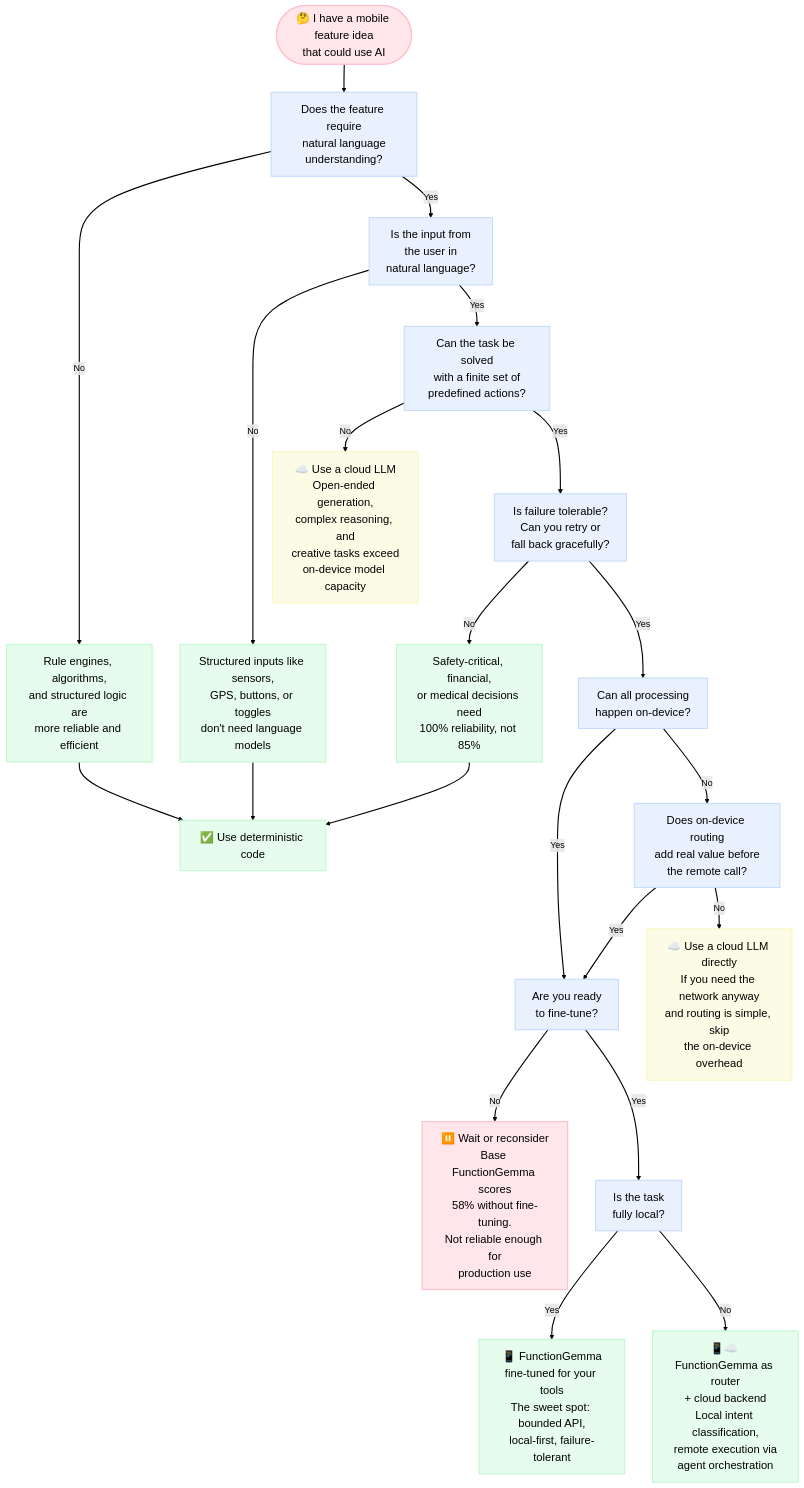
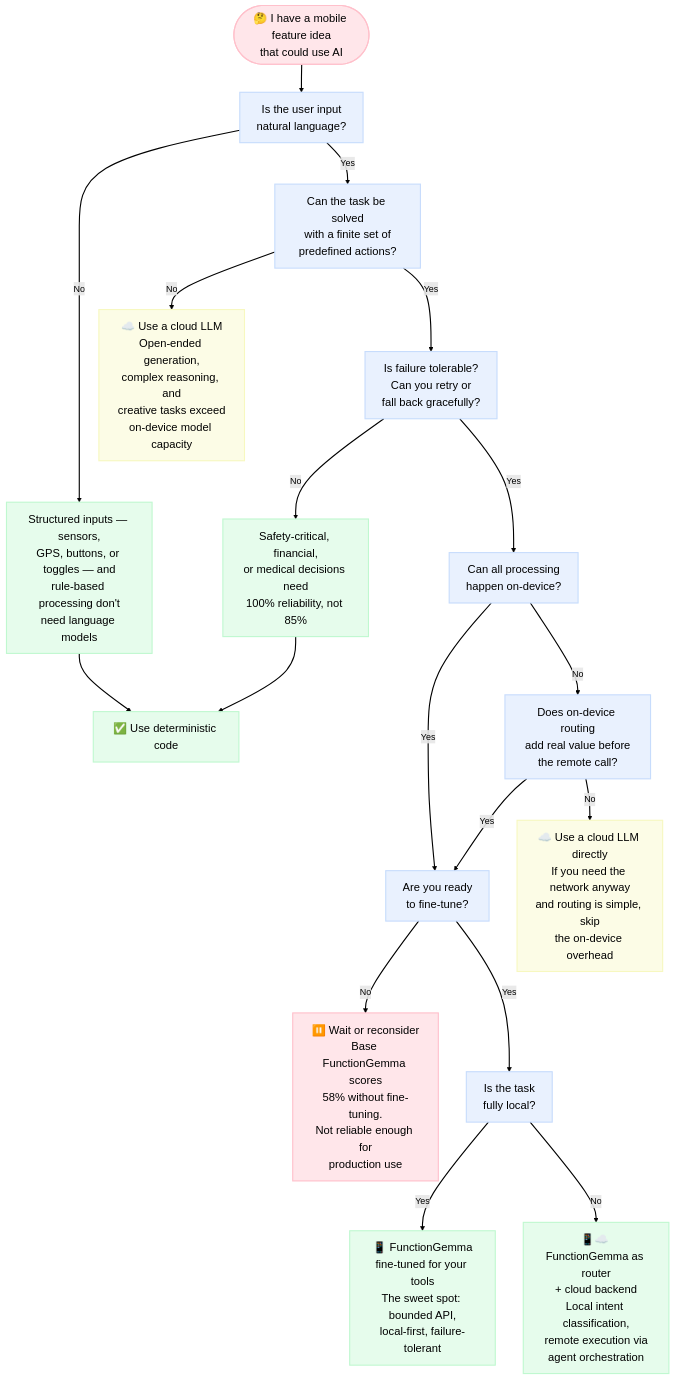
The diagram in _posts/2026-02-08-lets-talk-about-functiongemma.md (monday8am/monday8am.github.io), drawn with Mermaid before and after one commit. The commit also changed other lines of this file and 1 other file, not shown here.

````diff
--- a/_posts/2026-02-08-lets-talk-about-functiongemma.md
+++ b/_posts/2026-02-08-lets-talk-about-functiongemma.md
@@ -77,48 +78,44 @@
 ```mermaid
 flowchart TD
     START([🤔 I have a mobile feature idea<br/>that could use AI]) --> Q1
 
-    Q1[Does the feature require<br/>natural language<br/>understanding?]
-    Q1 -->|No| D1_DESC[Rule engines, algorithms,<br/>and structured logic are<br/>more reliable and efficient] --> D_COMMON[✅ Use deterministic code]
-    Q1 -->|Yes| Q2
-
-    Q2[Is the input from<br/>the user in<br/>natural language?]
-    Q2 -->|No| D2_DESC[Structured inputs like sensors,<br/>GPS, buttons, or toggles<br/>don't need language models] --> D_COMMON
-    Q2 -->|Yes| Q3
+    Q1[Is the user input<br/>natural language?]
+    Q1 -->|No| D1_DESC[Structured inputs — sensors,<br/>GPS, buttons, or toggles — and<br/>rule-based processing don't<br/>need language models] --> D_COMMON[✅ Use deterministic code]
+    Q1 -->|Yes| Q3
 
     Q3[Can the task be solved<br/>with a finite set of<br/>predefined actions?]
     Q3 -->|No| D3[☁️ Use a cloud LLM<br/>Open-ended generation,<br/>complex reasoning, and<br/>creative tasks exceed<br/>on-device model capacity]
     Q3 -->|Yes| Q4
 
     Q4[Is failure tolerable?<br/>Can you retry or<br/>fall back gracefully?]
     Q4 -->|No| D4_DESC[Safety-critical, financial,<br/>or medical decisions need<br/>100% reliability, not 85%] --> D_COMMON
     Q4 -->|Yes| Q5
 
     Q5[Can all processing<br/>happen on-device?]
     Q5 -->|Yes| Q6
     Q5 -->|No| Q7
 
     Q6[Are you ready<br/>to fine-tune?]
     Q6 -->|No| D5[⏸️ Wait or reconsider<br/>Base FunctionGemma scores<br/>58% without fine-tuning.<br/>Not reliable enough for<br/>production use]
     Q6 -->|Yes| Q9[Is the task<br/>fully local?]
 
     Q7[Does on-device routing<br/>add real value before<br/>the remote call?]
     Q7 -->|Yes| Q6
     Q7 -->|No| D7[☁️ Use a cloud LLM directly<br/>If you need the network anyway<br/>and routing is simple, skip<br/>the on-device overhead]
 
     Q9 -->|Yes| D6[📱 FunctionGemma<br/>fine-tuned for your tools<br/>The sweet spot: bounded API,<br/>local-first, failure-tolerant]
     Q9 -->|No| D8[📱☁️ FunctionGemma as router<br/>+ cloud backend<br/>Local intent classification,<br/>remote execution via<br/>agent orchestration]
 
     classDef green fill:#c0f8d066,stroke:#c0f8d0,stroke-width:2px,color:black,font-size:20px
     classDef blue fill:#c7dcfc66,stroke:#c7dcfc,stroke-width:2px,color:black,font-size:20px
     classDef yellow fill:#f7f8c066,stroke:#f7f8c0,stroke-width:2px,color:black,font-size:20px
     classDef red fill:#ffc0cb66,stroke:#ffc0cb,stroke-width:2px,color:black,font-size:20px
     linkStyle default stroke:black,stroke-width:2px,color:black
 
     class START red
-    class Q1,Q2,Q3,Q4,Q5,Q6,Q7,Q9 blue
-    class D_COMMON,D1_DESC,D2_DESC,D4_DESC green
+    class Q1,Q3,Q4,Q5,Q6,Q7,Q9 blue
+    class D_COMMON,D1_DESC,D4_DESC green
     class D3,D7 yellow
     class D6,D8 green
     class D5 red
-```    
+```
````
